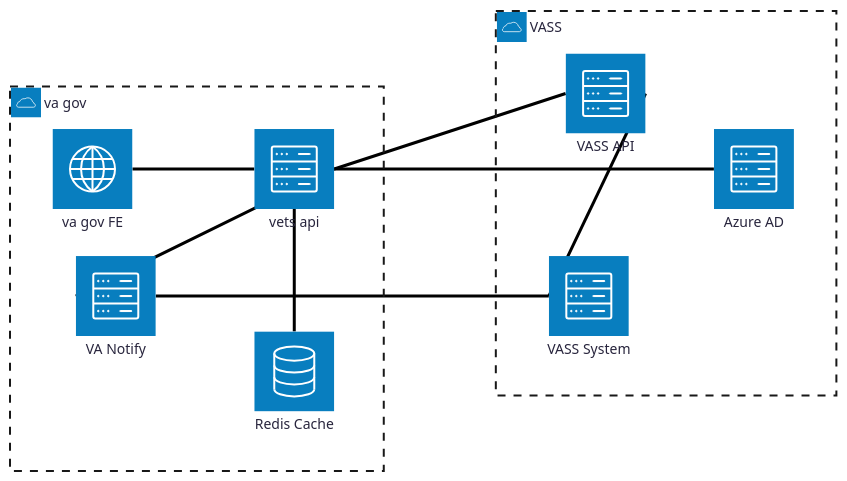
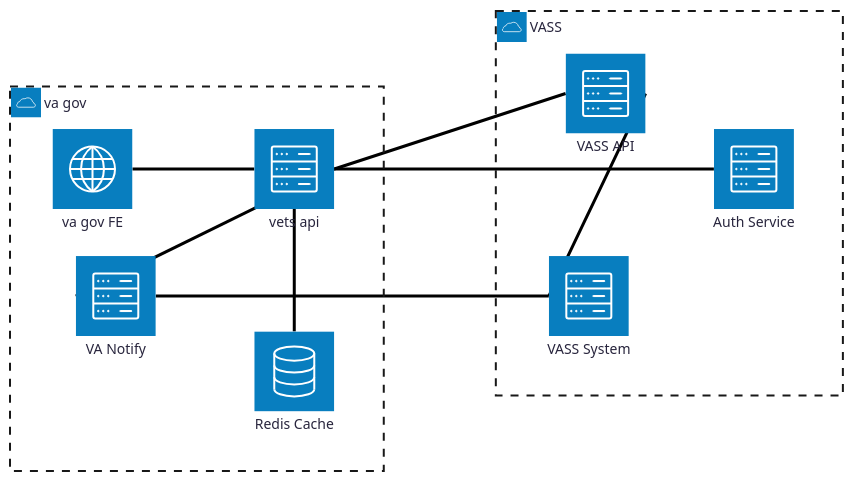
The diagram in products/health-care/appointments/va-online-scheduling/initiatives/solid-start-scheduling/engineering/architecture.md (Ninjaneer321/va.gov-team), drawn with Mermaid before and after one commit.

````diff
--- a/products/health-care/appointments/va-online-scheduling/initiatives/solid-start-scheduling/engineering/architecture.md
+++ b/products/health-care/appointments/va-online-scheduling/initiatives/solid-start-scheduling/engineering/architecture.md
@@ -5,28 +5,28 @@
 ```mermaid
 ---
 config:
       theme: redux
 ---
 architecture-beta 
     group vagov(cloud)[va gov]
 
     service vetsapi(server)[vets api] in vagov
     service frontend(internet)[va gov FE] in vagov
     service redis(database)[Redis Cache] in vagov
     service vanotify(server)[VA Notify] in vagov
 
     frontend:R-- L:vetsapi
     vetsapi:B -- T:redis
     vetsapi:R -- L:vanotify
 
     group VASS(cloud)[VASS]
 
     service vasssystem(server)[VASS System] in VASS
     service vassapi(server)[VASS API] in VASS
-    service azuread(server)[Azure AD] in VASS
+    service authentication(server)[Auth Service] in VASS
     
     vassapi:R -- L:vasssystem
     vasssystem:L -- R:vanotify
     vetsapi:R -- L:vassapi
-    vetsapi:R -- L:azuread
+    vetsapi:R -- L:authentication
 ```
````
